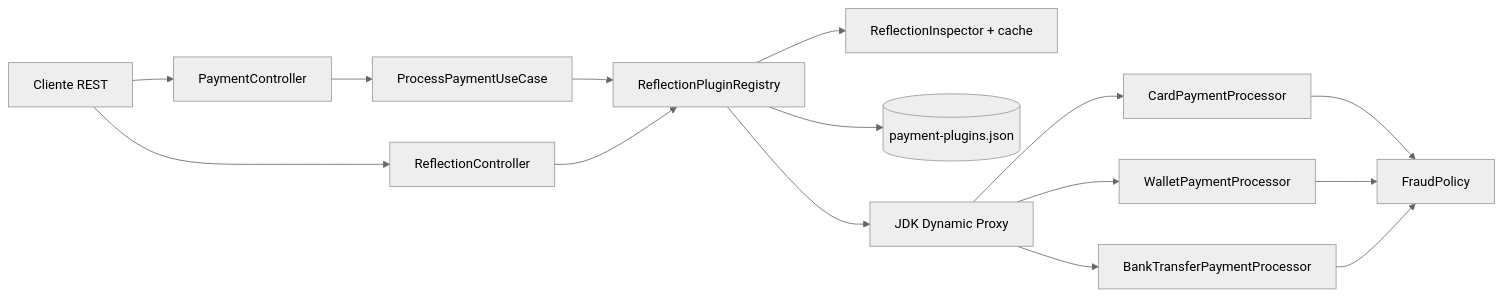
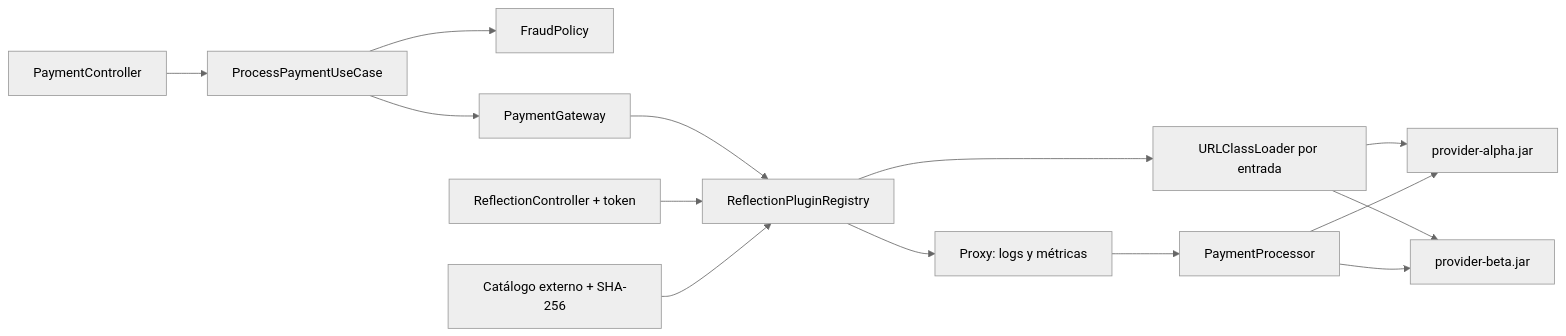
One commit to edgarrth/java-reflection changed the diagram in README.md. Above: the diagram before and after it, drawn with Mermaid (neutral theme). The commit also changed other lines of this file and 84 other files, not shown here.

````diff
--- a/README.md
+++ b/README.md
@@ -48,17 +107,16 @@
 ```mermaid
 flowchart LR
-    C[Cliente REST] --> PC[PaymentController]
-    C --> RC[ReflectionController]
-    PC --> UC[ProcessPaymentUseCase]
-    UC --> RR[ReflectionPluginRegistry]
-    RC --> RR
-    RR --> RI[ReflectionInspector + cache]
-    RR --> CAT[(payment-plugins.json)]
-    RR --> PXY[JDK Dynamic Proxy]
-    PXY --> CP[CardPaymentProcessor]
-    PXY --> WP[WalletPaymentProcessor]
-    PXY --> BP[BankTransferPaymentProcessor]
-    CP --> FP[FraudPolicy]
-    WP --> FP
-    BP --> FP
+    REST[PaymentController] --> UC[ProcessPaymentUseCase]
+    UC --> FRAUD[FraudPolicy]
+    UC --> PORT[PaymentGateway]
+    PORT --> REG[ReflectionPluginRegistry]
+    ADMIN[ReflectionController + token] --> REG
+    CAT[Catálogo externo + SHA-256] --> REG
+    REG --> CL[URLClassLoader por entrada]
+    CL --> A[provider-alpha.jar]
+    CL --> B[provider-beta.jar]
+    REG --> PROXY[Proxy: logs y métricas]
+    PROXY --> SPI[PaymentProcessor]
+    SPI --> A
+    SPI --> B
 ```
````
